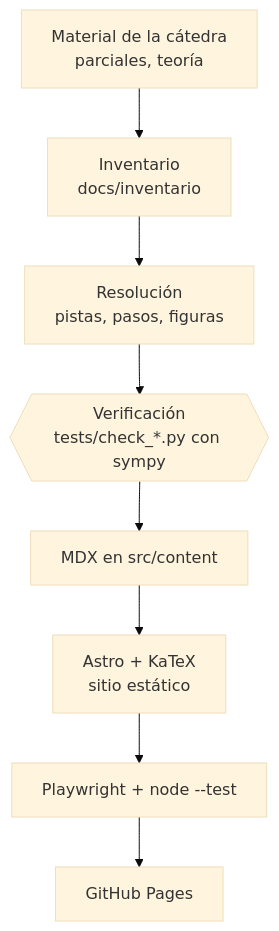
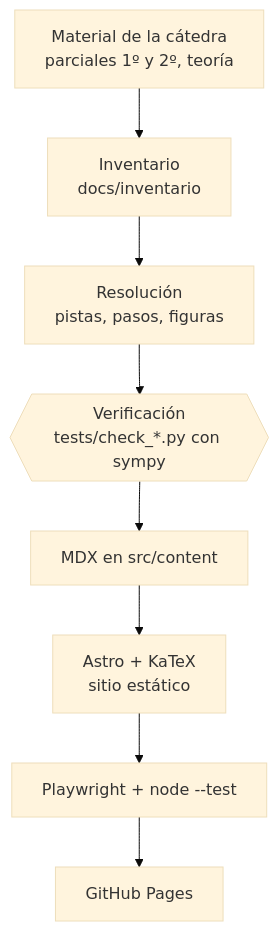
Before and after one commit to gabibertero/AM2: the diagram in README.md, drawn with Mermaid (base theme). The commit also changed other lines of this file and 14 other files, not shown here.

````diff
--- a/README.md
+++ b/README.md
@@ -201,10 +240,10 @@
 ```mermaid
 flowchart TD
-  A[Material de la cátedra<br/>parciales, teoría] --> B[Inventario<br/>docs/inventario]
+  A[Material de la cátedra<br/>parciales 1º y 2º, teoría] --> B[Inventario<br/>docs/inventario]
   B --> C[Resolución<br/>pistas, pasos, figuras]
   C --> D{{Verificación<br/>tests/check_*.py con sympy}}
   D --> E[MDX en src/content]
   E --> F[Astro + KaTeX<br/>sitio estático]
   F --> G[Playwright + node --test]
   G --> H[GitHub Pages]
 ```
````
